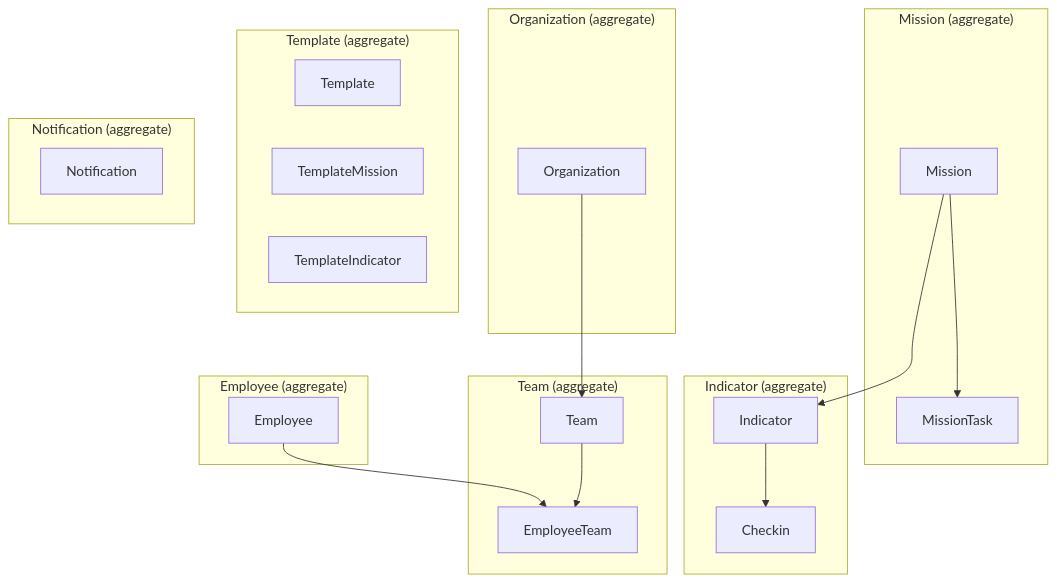
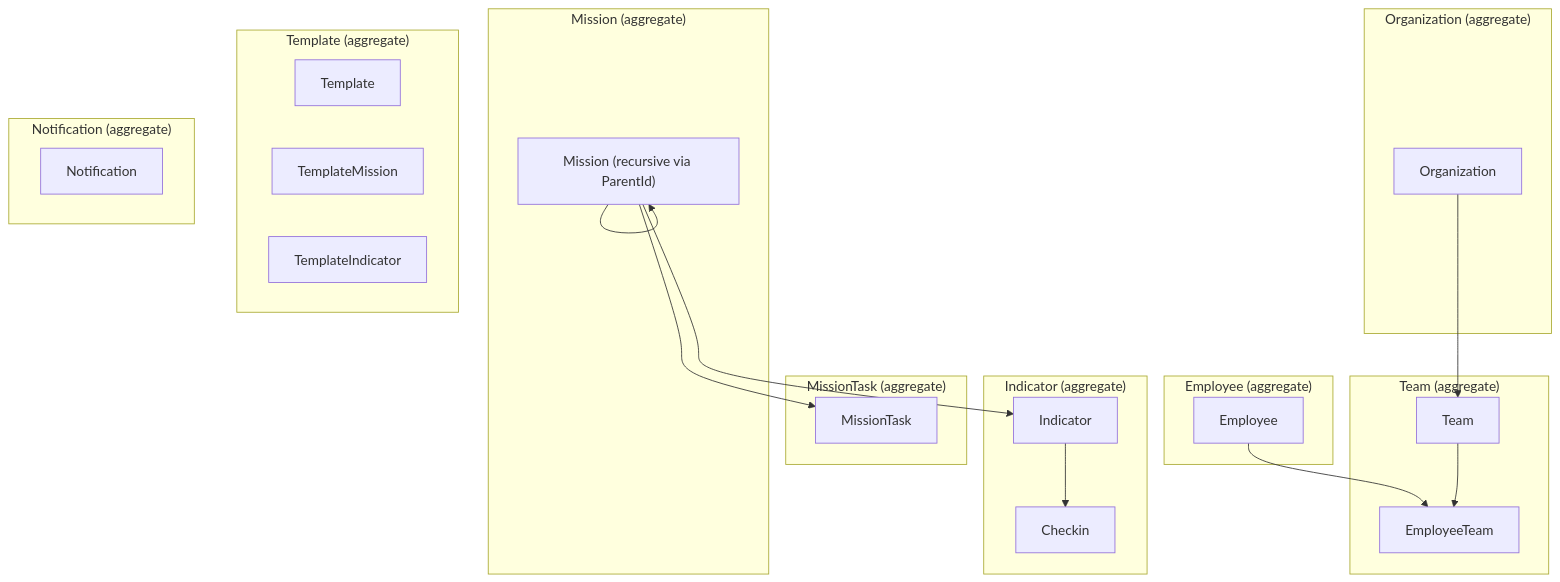
Before and after one commit to getbud-co/bud2: the first of 11 diagrams in README.md, drawn with Mermaid. The commit also changed other lines of this file and 2 other files, not shown here.

````diff
--- a/README.md
+++ b/README.md
@@ -208,42 +217,46 @@
 ```mermaid
 flowchart TD
     subgraph AggMission["Mission (aggregate)"]
-        Mission["Mission"]
+        Mission["Mission (recursive via ParentId)"]
+    end
+
+    subgraph AggMissionTask["MissionTask (aggregate)"]
         MissionTask["MissionTask"]
     end
 
     subgraph AggIndicator["Indicator (aggregate)"]
         Indicator["Indicator"]
         Checkin["Checkin"]
     end
 
     subgraph AggOrg["Organization (aggregate)"]
         Organization["Organization"]
     end
 
     subgraph AggTeam["Team (aggregate)"]
         Team["Team"]
         EmployeeTeam["EmployeeTeam"]
     end
 
     subgraph AggEmployee["Employee (aggregate)"]
         Employee["Employee"]
     end
 
     subgraph AggTemplate["Template (aggregate)"]
         Template["Template"]
         TemplateMission["TemplateMission"]
         TemplateIndicator["TemplateIndicator"]
     end
 
     subgraph AggNotification["Notification (aggregate)"]
         Notification["Notification"]
     end
 
     Organization --> Team
     Team --> EmployeeTeam
     Employee --> EmployeeTeam
     Mission --> Indicator
+    Mission --> MissionTask
+    Mission --> Mission
     Indicator --> Checkin
-    Mission --> MissionTask
 ```
````
